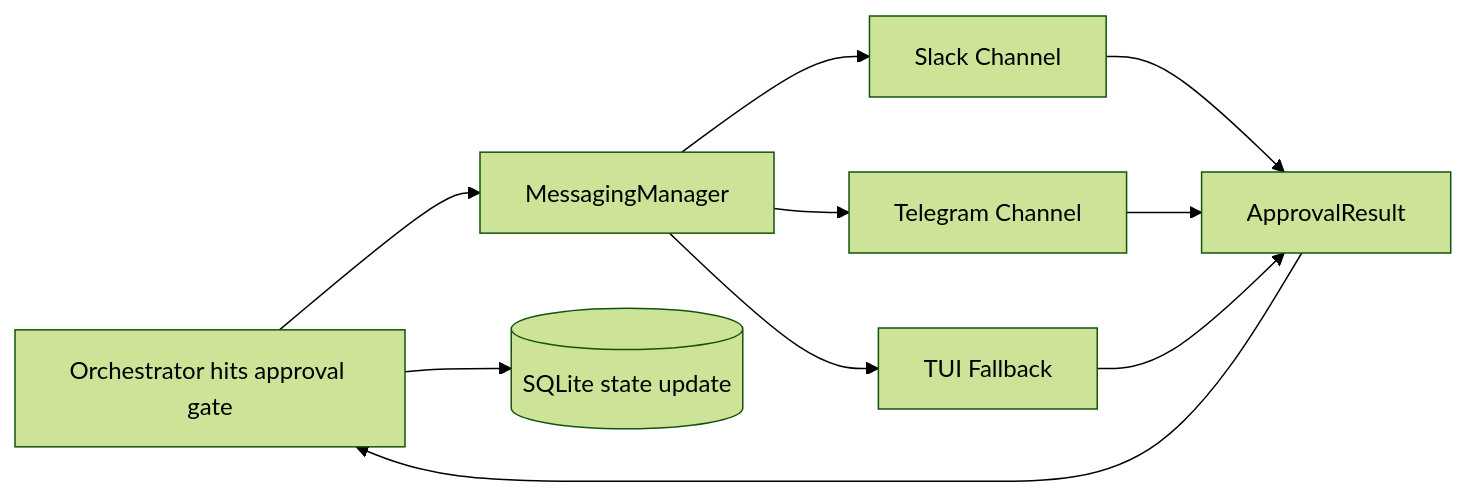
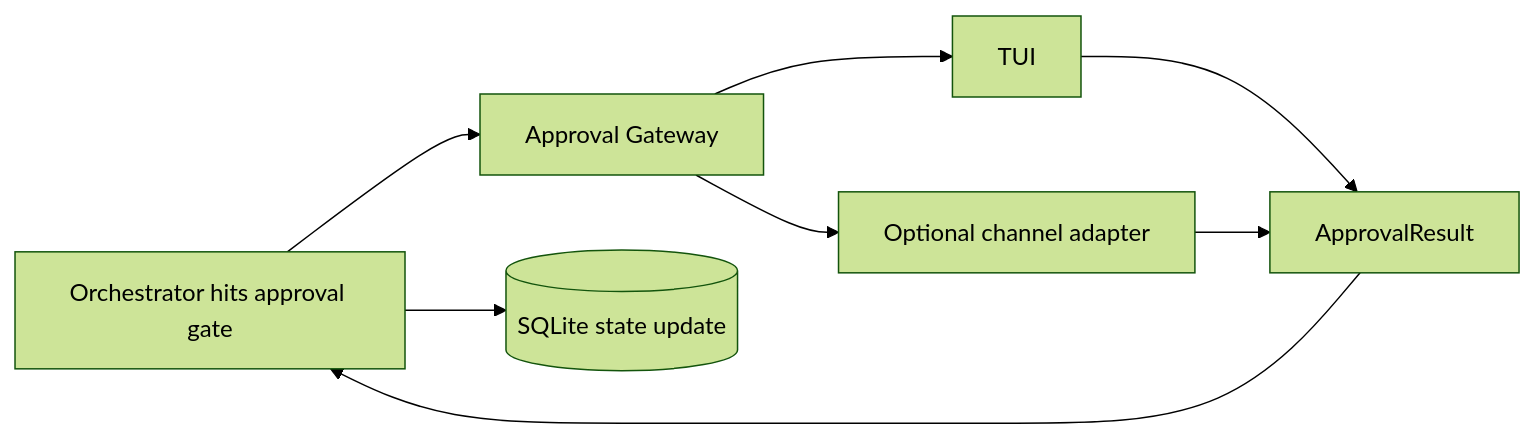
Before and after one commit to jcospina/slice-workflow: the eighth of 8 diagrams in docs/architecture.md, drawn with Mermaid (forest theme). The commit also changed other lines of this file and 2 other files, not shown here.

Commit message:
Update architecture for new hook based notifications

````diff
--- a/docs/architecture.md
+++ b/docs/architecture.md
@@ -310,14 +322,10 @@
 ```mermaid
 flowchart LR
-    O[Orchestrator hits approval gate] --> MM[MessagingManager]
-    MM --> S[Slack Channel]
-    MM --> T[Telegram Channel]
-    MM --> UI[TUI Fallback]
-
-    S --> AR[ApprovalResult]
-    T --> AR
-    UI --> AR
-
+    O[Orchestrator hits approval gate] --> AG[Approval Gateway]
+    AG --> UI[TUI]
+    AG --> CA[Optional channel adapter]
+    UI --> AR[ApprovalResult]
+    CA --> AR
     AR --> O
     O --> DB[(SQLite state update)]
 ```
````
